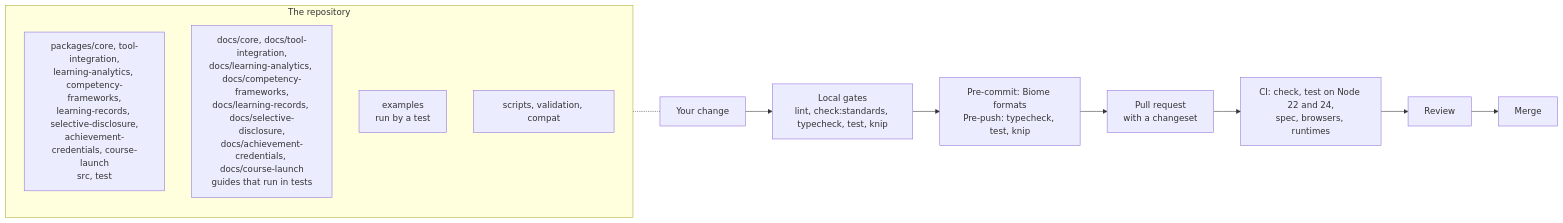
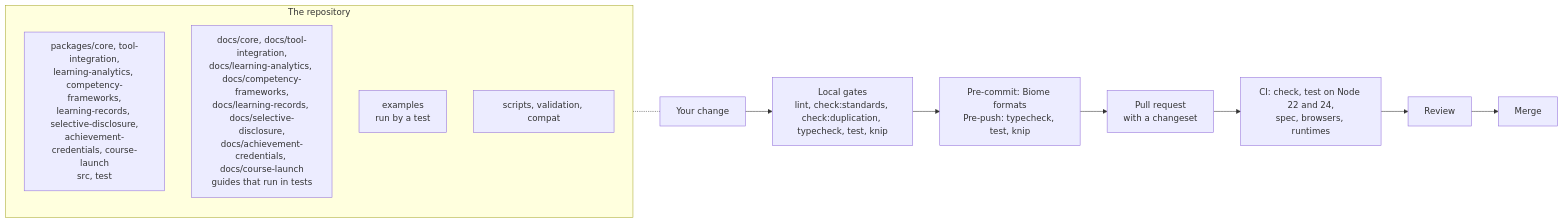
The diagram in CONTRIBUTING.md (interopkit/interopkit), drawn with Mermaid before and after one commit. The commit also changed other lines of this file and 26 other files, not shown here.

````diff
--- a/CONTRIBUTING.md
+++ b/CONTRIBUTING.md
@@ -6,16 +6,16 @@
 ```mermaid
 flowchart LR
   subgraph repo["The repository"]
     packages["packages/core, tool-integration,<br/>learning-analytics, competency-frameworks,<br/>learning-records, selective-disclosure,<br/>achievement-credentials, course-launch<br/>src, test"]
     docs["docs/core, docs/tool-integration,<br/>docs/learning-analytics, docs/competency-frameworks,<br/>docs/learning-records, docs/selective-disclosure,<br/>docs/achievement-credentials, docs/course-launch<br/>guides that run in tests"]
     examples["examples<br/>run by a test"]
     tooling["scripts, validation, compat"]
   end
-  change["Your change"] --> local["Local gates<br/>lint, check:standards, typecheck, test, knip"]
+  change["Your change"] --> local["Local gates<br/>lint, check:standards, check:duplication, typecheck, test, knip"]
   local --> hooks["Pre-commit: Biome formats<br/>Pre-push: typecheck, test, knip"]
   hooks --> pr["Pull request<br/>with a changeset"]
   pr --> ci["CI: check, test on Node 22 and 24,<br/>spec, browsers, runtimes"]
   ci --> review["Review"]
   review --> merge["Merge"]
   repo -.- change
 ```
````
